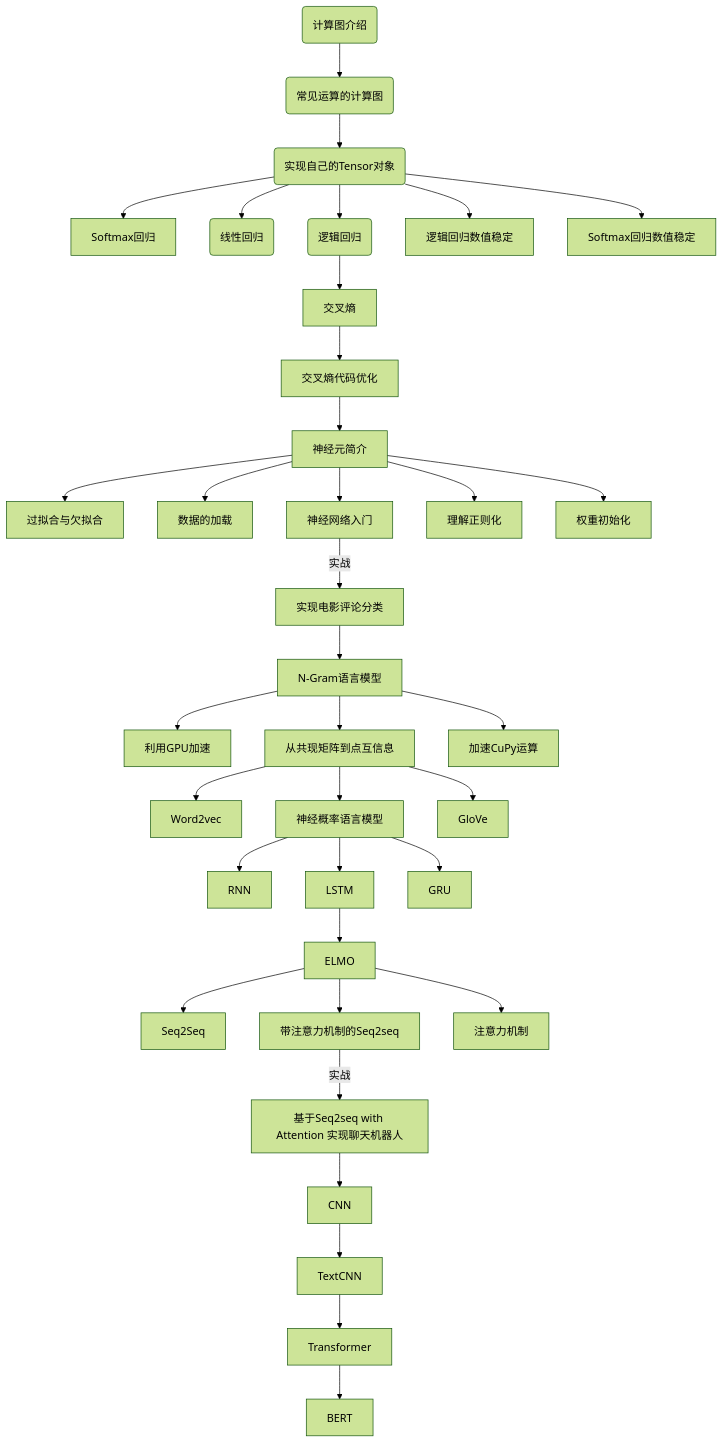
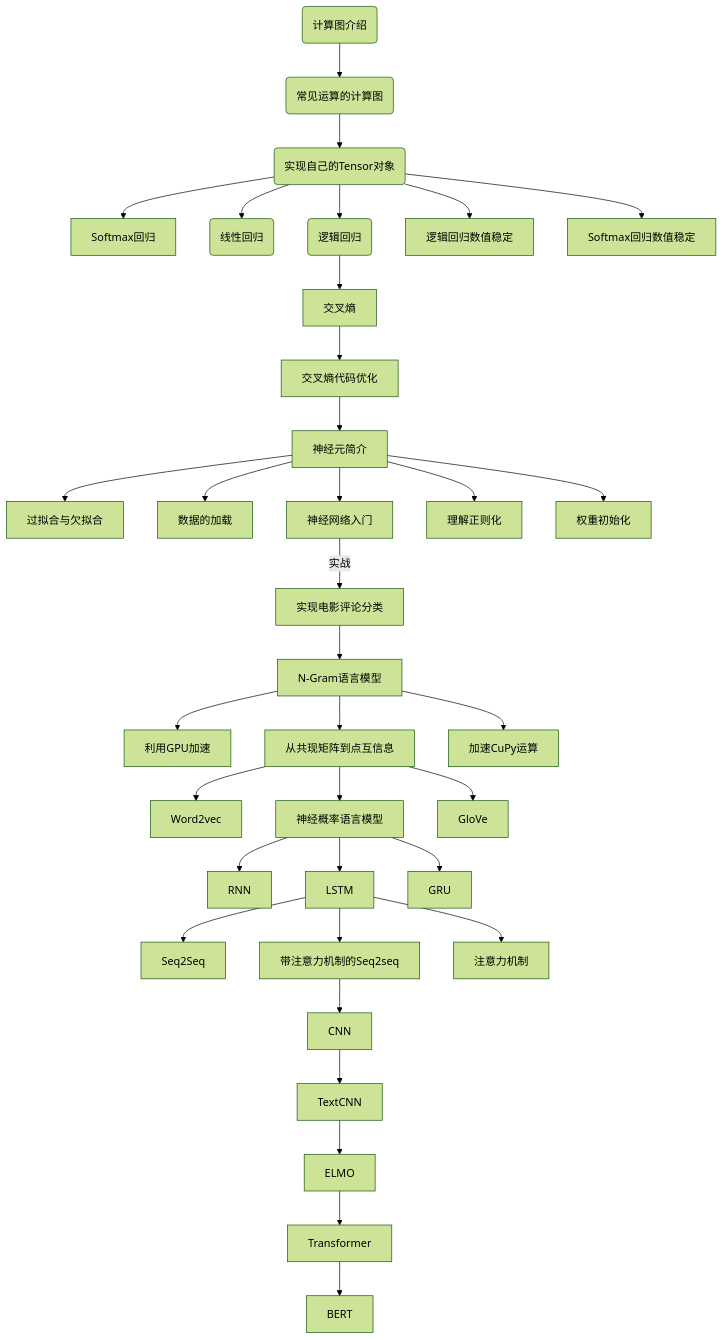
Before and after one commit to nlp-greyfoss/metagrad: the diagram in README.md, drawn with Mermaid (forest theme). The commit also changed 52 other files, not shown here.

````diff
--- a/README.md
+++ b/README.md
@@ -20,55 +20,54 @@
 ```mermaid
 graph TD
 Graph(计算图介绍)  --> Operator(常见运算的计算图)
 Operator --> Tensor(实现自己的Tensor对象)
 Tensor  --> Softmax回归
 Tensor --> LinearRegression(线性回归)
 Tensor  -->  LogisticRegression(逻辑回归)
 Tensor  -->  逻辑回归数值稳定
 Tensor  --> Softmax回归数值稳定
 LogisticRegression--> 交叉熵
 交叉熵 --> 交叉熵代码优化
 交叉熵代码优化 --> 神经元简介
 神经元简介--> 过拟合与欠拟合
 神经元简介 --> 数据的加载
 神经元简介 --> 神经网络入门
 神经元简介 --> 理解正则化
 神经元简介 --> 权重初始化
 神经网络入门 --实战 --> 实现电影评论分类 --> N-Gram语言模型
 N-Gram语言模型 --> 利用GPU加速
 N-Gram语言模型 --> 从共现矩阵到点互信息
 N-Gram语言模型 --> 加速CuPy运算
 从共现矩阵到点互信息 --> Word2vec
 从共现矩阵到点互信息 --> 神经概率语言模型
 从共现矩阵到点互信息 --> GloVe
 神经概率语言模型 --> RNN
 神经概率语言模型 --> LSTM
 神经概率语言模型 --> GRU
- LSTM --> ELMO
-ELMO --> Seq2Seq 
-ELMO --> 带注意力机制的Seq2seq
-ELMO --> 注意力机制
-带注意力机制的Seq2seq -- 实战 --> chatbot[基于Seq2seq with Attention 实现聊天机器人] --> CNN
-CNN --> TextCNN --> Transformer  --> BERT 
+LSTM --> Seq2Seq 
+LSTM --> 带注意力机制的Seq2seq
+LSTM --> 注意力机制
+带注意力机制的Seq2seq  --> CNN 
+CNN --> TextCNN -->  ELMO --> Transformer  --> BERT 
 
 click Graph "https://helloai.blog.csdn.net/article/details/121964022"
 click Operator "https://helloai.blog.csdn.net/article/details/122024945"
 click Tensor "https://helloai.blog.csdn.net/article/details/122054811"
 click LinearRegression "https://helloai.blog.csdn.net/article/details/122241715"
 click LogisticRegression "https://helloai.blog.csdn.net/article/details/122446249"
 click Softmax回归 "https://helloai.blog.csdn.net/article/details/122546843"
 click 逻辑回归数值稳定 "https://helloai.blog.csdn.net/article/details/122610850"
 click Softmax回归数值稳定 "https://helloai.blog.csdn.net/article/details/122678759"
 click 交叉熵 "https://helloai.blog.csdn.net/article/details/121734499"
 click 交叉熵代码优化 "https://helloai.blog.csdn.net/article/details/124546530"
 click 神经元简介 "https://helloai.blog.csdn.net/article/details/122775512"
 click 过拟合与欠拟合 "https://helloai.blog.csdn.net/article/details/123151877"
 click 数据的加载 "https://helloai.blog.csdn.net/article/details/123399307"
 click 神经网络入门 "https://helloai.blog.csdn.net/article/details/122949665"
 click 理解正则化 "https://helloai.blog.csdn.net/article/details/123716578"
 click 权重初始化 "https://helloai.blog.csdn.net/article/details/124332725"
 click 实现电影评论分类 "https://helloai.blog.csdn.net/article/details/123036716"
 click N-Gram语言模型 "https://helloai.blog.csdn.net/article/details/124384220"
 click 利用GPU加速 "https://helloai.blog.csdn.net/article/details/124840221"
 click 从共现矩阵到点互信息 "https://helloai.blog.csdn.net/article/details/124872206"
 ```
````
